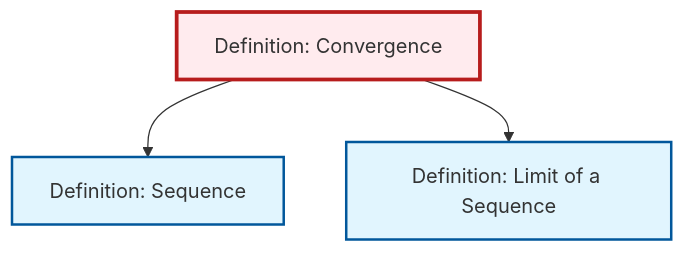
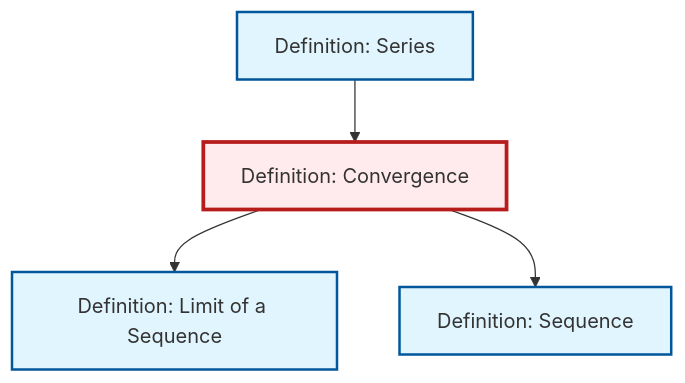
One commit to RK0429/ModernMath changed the diagram in content/en/analysis/def-convergence.qmd. Above: the diagram before and after it, drawn with Mermaid. The commit also changed 474 other files, not shown here.

````diff
--- a/content/en/analysis/def-convergence.qmd
+++ b/content/en/analysis/def-convergence.qmd
@@ -76,17 +76,20 @@
 ```{mermaid}
 %%| fig-cap: "Local dependency graph"
 graph TD
     classDef definition fill:#e1f5fe,stroke:#01579b,stroke-width:2px
     classDef theorem fill:#f3e5f5,stroke:#4a148c,stroke-width:2px
     classDef axiom fill:#fff3e0,stroke:#e65100,stroke-width:2px
     classDef example fill:#e8f5e9,stroke:#1b5e20,stroke-width:2px
     classDef current fill:#ffebee,stroke:#b71c1c,stroke-width:3px
+    def-limit["Definition: Limit of a Sequence"]:::definition
+    def-sequence["Definition: Sequence"]:::definition
     def-convergence["Definition: Convergence"]:::definition
-    def-sequence["Definition: Sequence"]:::definition
-    def-limit["Definition: Limit of a Sequence"]:::definition
+    def-series["Definition: Series"]:::definition
+    def-series --> def-convergence
+    def-convergence --> def-limit
     def-convergence --> def-sequence
-    def-convergence --> def-limit
     class def-convergence current
+    click def-limit "def-limit.html" "Go to Limit of a Sequence definition"
     click def-sequence "def-sequence.html" "Go to Sequence definition"
-    click def-limit "def-limit.html" "Go to Limit of a Sequence definition"
+    click def-series "def-series.html" "Go to Series definition"
 ```
````
